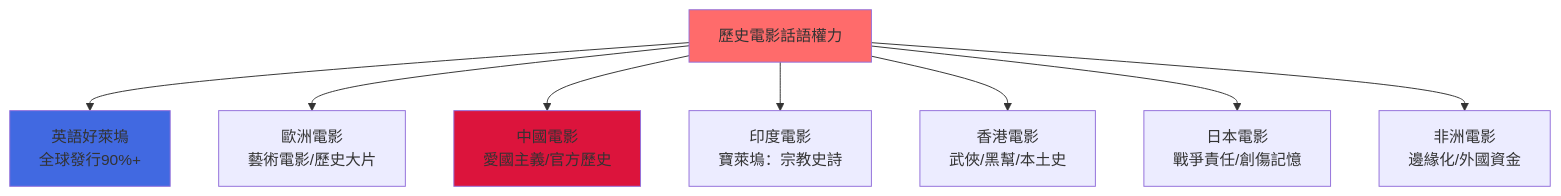
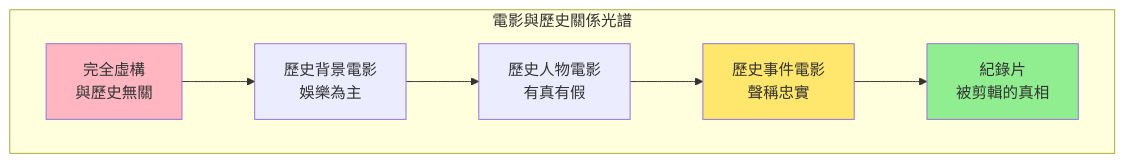
One commit to yip-lgtm/HKU-Harvard-History-Self-Study changed the sixth of 10 diagrams in 01_HKU_Courses/HIST2031_History_through_Film.md. Above: the diagram before and after it, drawn with Mermaid. The commit also changed other lines of this file and 25 other files, not shown here.

````diff
--- a/01_HKU_Courses/HIST2031_History_through_Film.md
+++ b/01_HKU_Courses/HIST2031_History_through_Film.md
@@ -233,13 +293,12 @@
 ```mermaid
 graph TD
-    A["歷史電影話語權力"] --> B["英語好萊塢<br/>全球發行90%+"]
-    A --> C["歐洲電影<br/>藝術電影/歷史大片"]
-    A --> D["中國電影<br/>愛國主義/官方歷史"]
-    A --> E["印度電影<br/>寶萊塢：宗教史詩"]
-    A --> F["香港電影<br/>武俠/黑幫/本土史"]
-    A --> G["日本電影<br/>戰爭責任/創傷記憶"]
-    A --> H["非洲電影<br/>邊緣化/外國資金"]
-    style B fill:#4169E1
-    style A fill:#FF6B6B
-    style D fill:#DC143C
+    subgraph 電影與歷史關係光譜
+        A["完全虛構<br/>與歷史無關"] --> B["歷史背景電影<br/>娛樂為主"]
+        B --> C["歷史人物電影<br/>有真有假"]
+        C --> D["歷史事件電影<br/>聲稱忠實"]
+        D --> E["紀錄片<br/>被剪輯的真相"]
+    end
+    style A fill:#FFB6C1
+    style E fill:#90EE90
+    style D fill:#FFE66D
 ```
````
